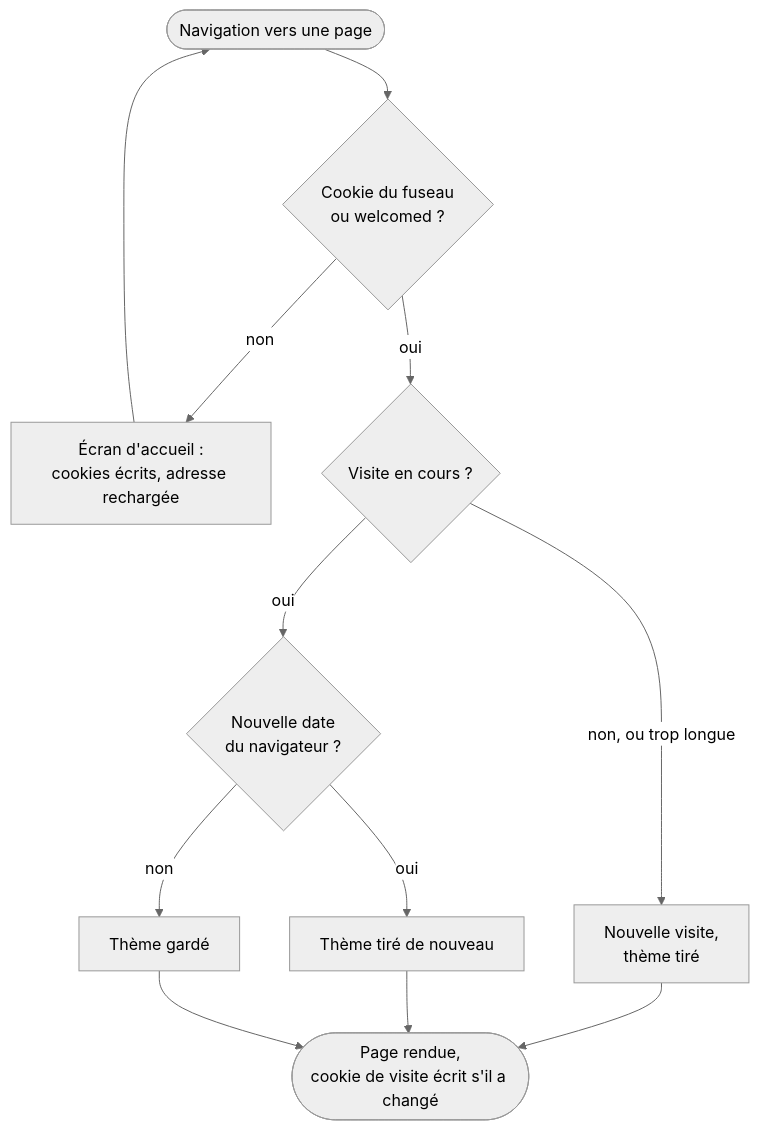
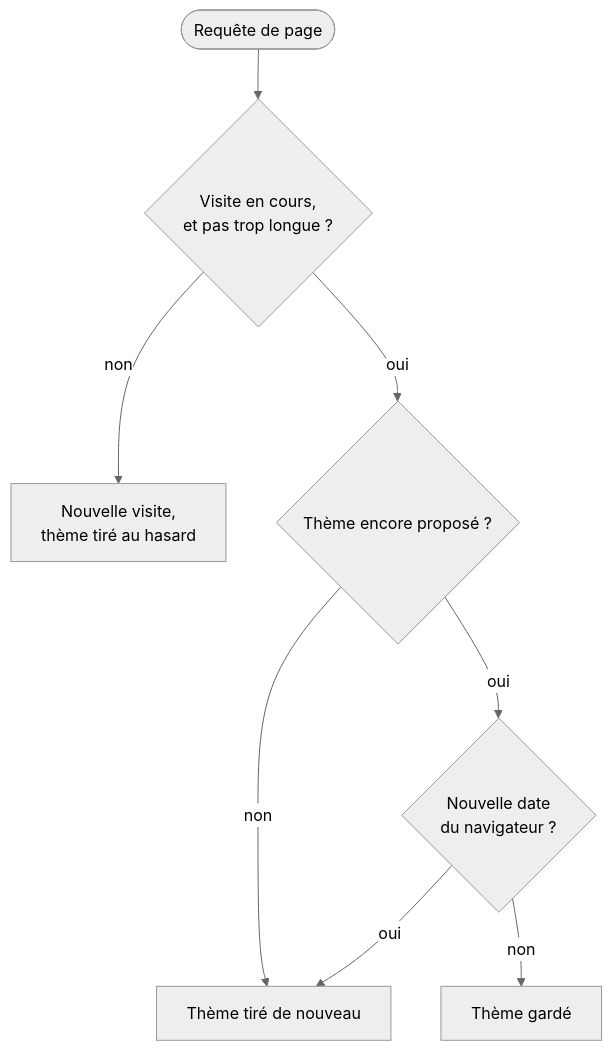
Before and after one commit to Tetram76/bdtheque-claude: the second of 2 diagrams in docs/tech/mecanismes/frontend-visite-theme-et-culture.md, drawn with Mermaid (neutral theme). The commit also changed other lines of this file and 41 other files, not shown here.

````diff
--- a/docs/tech/mecanismes/frontend-visite-theme-et-culture.md
+++ b/docs/tech/mecanismes/frontend-visite-theme-et-culture.md
@@ -24,14 +56,10 @@
 ```mermaid
 flowchart TD
-    request(["Navigation vers une page"]) --> welcome{"Cookie du fuseau<br/>ou welcomed ?"}
-    welcome -- "non" --> screen["Écran d'accueil :<br/>cookies écrits, adresse rechargée"]
-    screen --> request
-    welcome -- "oui" --> visit{"Visite en cours ?"}
-    visit -- "non, ou trop longue" --> draw["Nouvelle visite,<br/>thème tiré"]
-    visit -- "oui" --> date{"Nouvelle date<br/>du navigateur ?"}
-    date -- "oui" --> redraw["Thème tiré de nouveau"]
+    start(["Requête de page"]) --> visit{"Visite en cours,<br/>et pas trop longue ?"}
+    visit -- "non" --> draw["Nouvelle visite,<br/>thème tiré au hasard"]
+    visit -- "oui" --> offered{"Thème encore proposé ?"}
+    offered -- "non" --> redraw["Thème tiré de nouveau"]
+    offered -- "oui" --> date{"Nouvelle date<br/>du navigateur ?"}
+    date -- "oui" --> redraw
     date -- "non" --> keep["Thème gardé"]
-    draw --> render(["Page rendue,<br/>cookie de visite écrit s'il a changé"])
-    redraw --> render
-    keep --> render
 ```
````
